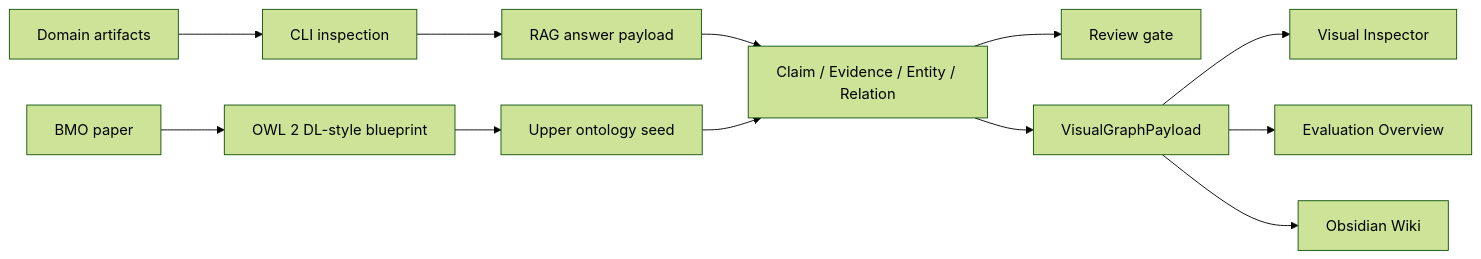
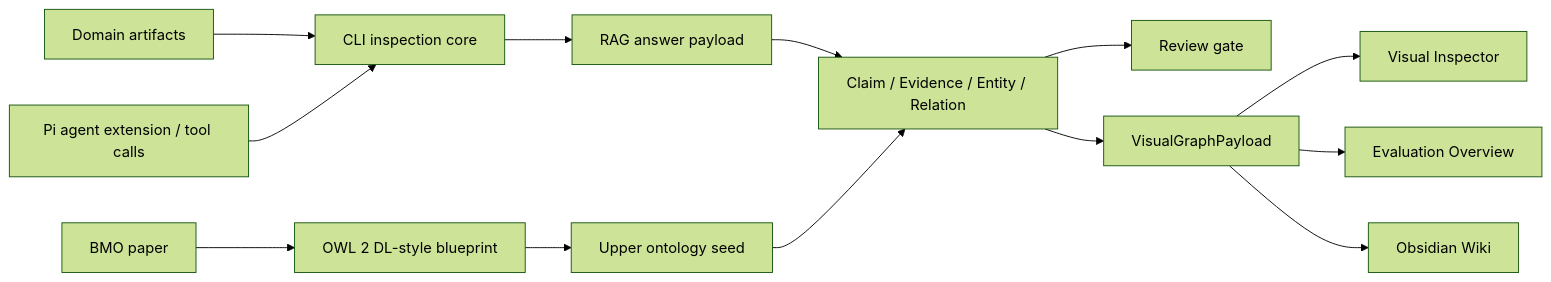
One commit to jungyonghi/bike-onto changed the first of 3 diagrams in README.md. Above: the diagram before and after it, drawn with Mermaid (forest theme). The commit also changed other lines of this file, not shown here.

Commit message:
Refine README for Pi agent extension interface

````diff
--- a/README.md
+++ b/README.md
@@ -22,15 +22,16 @@
 ```mermaid
 flowchart LR
-    A[Domain artifacts] --> B[CLI inspection]
+    A[Domain artifacts] --> B[CLI inspection core]
+    P[Pi agent extension / tool calls] --> B
     B --> C[RAG answer payload]
     C --> D[Claim / Evidence / Entity / Relation]
     D --> E[Review gate]
     D --> F[VisualGraphPayload]
     F --> G[Visual Inspector]
     F --> H[Evaluation Overview]
     F --> I[Obsidian Wiki]
 
     J[BMO paper] --> K[OWL 2 DL-style blueprint]
     K --> L[Upper ontology seed]
     L --> D
 ```
````
